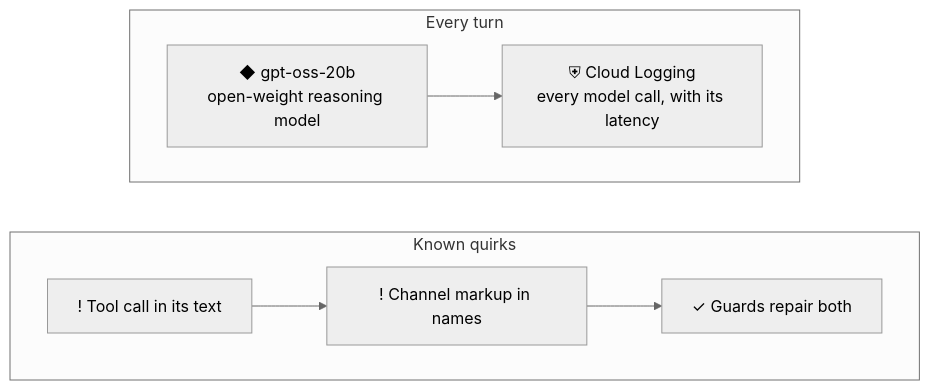
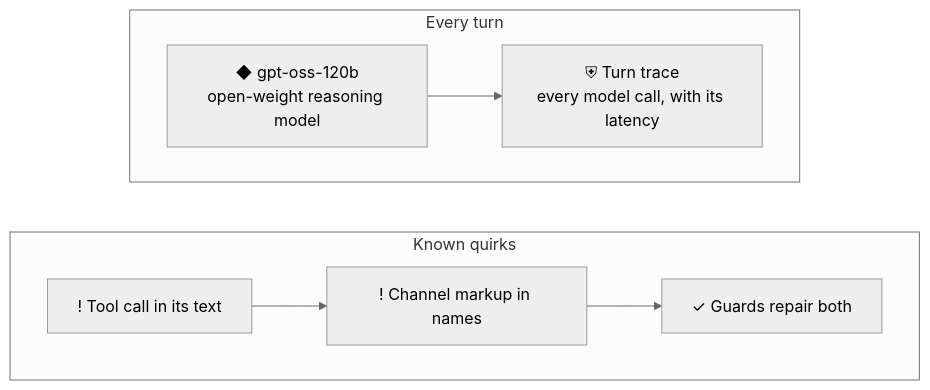
One commit to awbauer/agentic-marketing-demo changed the tenth of 32 diagrams in docs/learn-google-cloud.md. Above: the diagram before and after it, drawn with Mermaid (neutral theme). The commit also changed other lines of this file and 22 other files, not shown here.

````diff
--- a/docs/learn-google-cloud.md
+++ b/docs/learn-google-cloud.md
@@ -624,17 +693,17 @@
 ```mermaid
 flowchart TB
   subgraph model_guards0_lane0["Every turn"]
     direction LR
-    model_guards0_0_0["◆ gpt-oss-20b<br/>open-weight reasoning model"]
-    model_guards0_0_1["⛨ Cloud Logging<br/>every model call, with its latency"]
+    model_guards0_0_0["◆ gpt-oss-120b<br/>open-weight reasoning model"]
+    model_guards0_0_1["⛨ Turn trace<br/>every model call, with its latency"]
     model_guards0_0_0 --> model_guards0_0_1
   end
   subgraph model_guards0_lane1["Known quirks"]
     direction LR
     model_guards0_1_0["! Tool call in its text"]
     model_guards0_1_1["! Channel markup in names"]
     model_guards0_1_2["✓ Guards repair both"]
     model_guards0_1_0 --> model_guards0_1_1 --> model_guards0_1_2
   end
   model_guards0_lane0 ~~~ model_guards0_lane1
 ```
````
